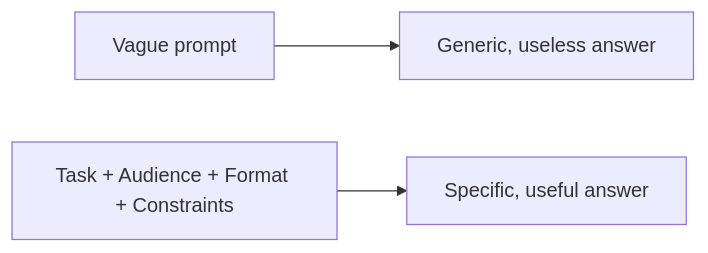
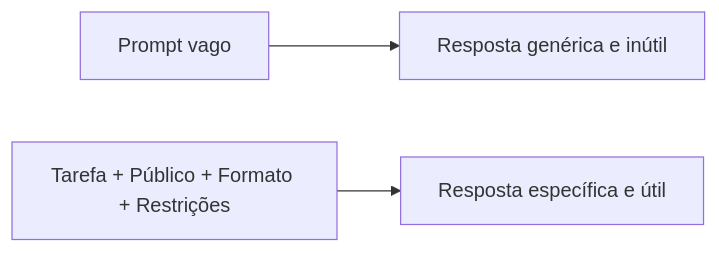
One commit to KakkoiDev/izumo-io changed the diagram in content/ai/a03.pt.md. Above: the diagram before and after it, drawn with Mermaid. The commit also changed 47 other files, not shown here.

First line of the commit message:
Translate mermaid diagram labels to JA + PT in AI lessons

````diff
--- a/content/ai/a03.pt.md
+++ b/content/ai/a03.pt.md
@@ -30,5 +30,5 @@
 ```mermaid
 flowchart LR
-    V[Vague prompt] --> G[Generic, useless answer]
-    S[Task + Audience + Format + Constraints] --> U[Specific, useful answer]
+    V[Prompt vago] --> G[Resposta genérica e inútil]
+    S[Tarefa + Público + Formato + Restrições] --> U[Resposta específica e útil]
 ```
````
